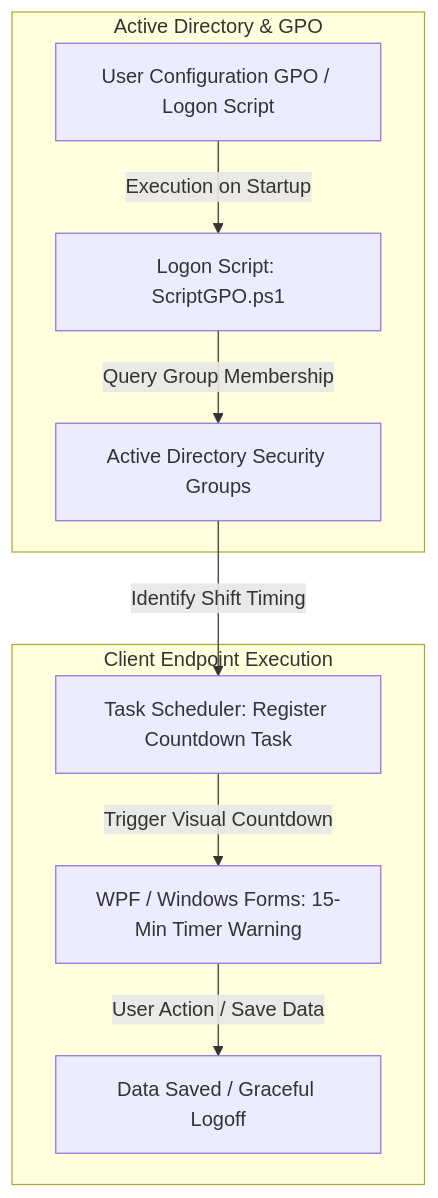
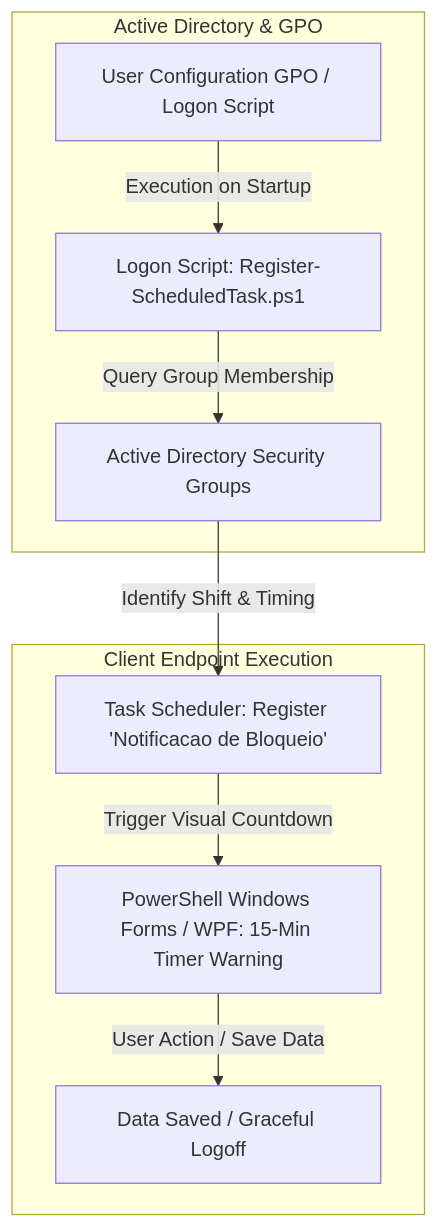
Before and after one commit to ArthurL-Laguna/cybersecurity-infrastructure-portfolio: the diagram in 05-session-notification-userlock/README.md, drawn with Mermaid. The commit also changed other lines of this file, not shown here.

````diff
--- a/05-session-notification-userlock/README.md
+++ b/05-session-notification-userlock/README.md
@@ -10,13 +10,13 @@
 ```mermaid
 graph TD
     subgraph Active Directory & GPO
-        GPO[User Configuration GPO / Logon Script] -->|Execution on Startup| Script[Logon Script: ScriptGPO.ps1]
+        GPO[User Configuration GPO / Logon Script] -->|Execution on Startup| Script[Logon Script: Register-ScheduledTask.ps1]
         Script -->|Query Group Membership| AD[Active Directory Security Groups]
     end
 
     subgraph Client Endpoint Execution
-        AD -->|Identify Shift Timing| Task[Task Scheduler: Register Countdown Task]
-        Task -->|Trigger Visual Countdown| UI[WPF / Windows Forms: 15-Min Timer Warning]
+        AD -->|Identify Shift & Timing| Task[Task Scheduler: Register 'Notificacao de Bloqueio']
+        Task -->|Trigger Visual Countdown| UI[PowerShell Windows Forms / WPF: 15-Min Timer Warning]
         UI -->|User Action / Save Data| Safe[Data Saved / Graceful Logoff]
     end
 ```
````
